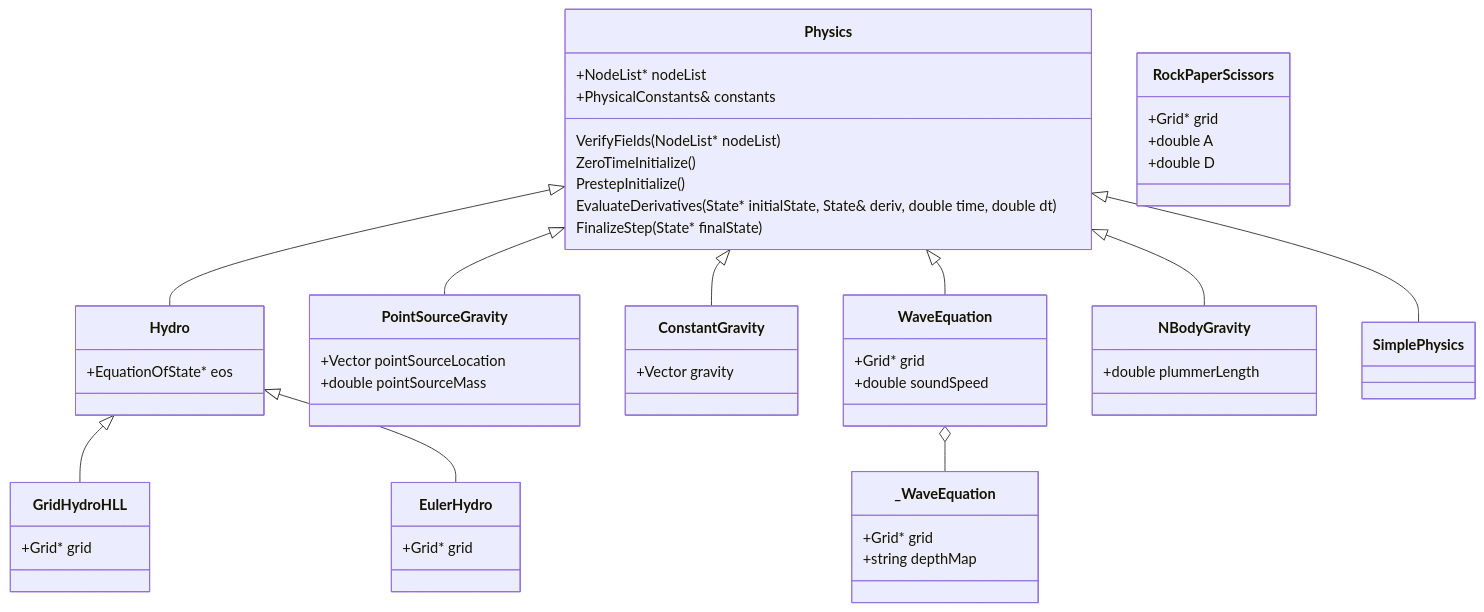
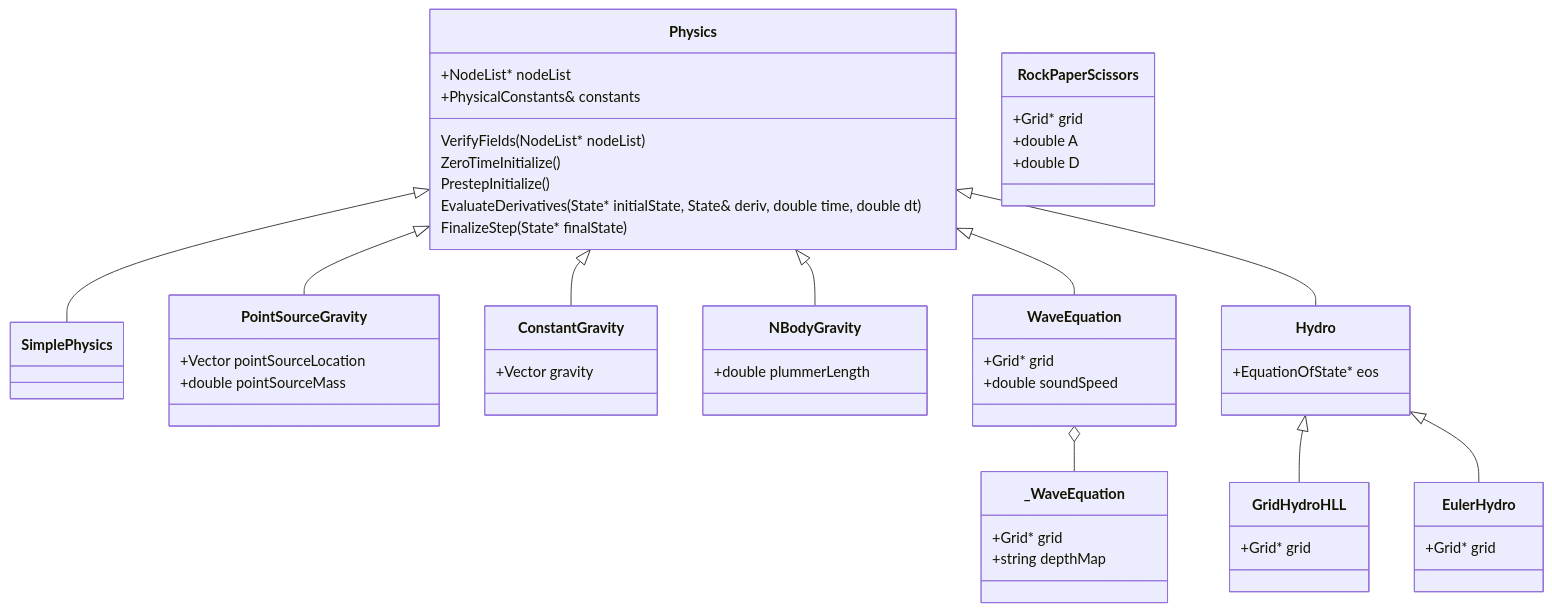
The diagram in src/Physics/Classes.md (antimatterhorn/nidhoggr), drawn with Mermaid before and after one commit. The commit also changed other lines of this file, not shown here.

Commit message:
reworked class diagram

````diff
--- a/src/Physics/Classes.md
+++ b/src/Physics/Classes.md
@@ -2,54 +2,54 @@
 ```mermaid
 classDiagram
-    Physics <|-- Hydro
+    Physics <|-- SimplePhysics
     Physics <|-- PointSourceGravity
     Physics <|-- ConstantGravity
+    Physics <|-- NBodyGravity
     Physics <|-- WaveEquation
-    Physics <|-- NBodyGravity
+    Physics <|-- Hydro
     Physics : +NodeList* nodeList
     Physics : +PhysicalConstants& constants
     Physics : VerifyFields(NodeList* nodeList)
     Physics : ZeroTimeInitialize()
     Physics : PrestepInitialize()
     Physics : EvaluateDerivatives(State* initialState, State<dim>& deriv, double time, double dt)
     Physics : FinalizeStep(State* finalState)
     class PointSourceGravity{
         +Vector pointSourceLocation
         +double pointSourceMass
     }
     class ConstantGravity{
         +Vector gravity
     }
     class NBodyGravity{
         +double plummerLength
     }
     class Hydro{
         +EquationOfState* eos
     }
-    Physics <|-- SimplePhysics
     class SimplePhysics{
         
     }
     class WaveEquation{
         +Grid* grid
         +double soundSpeed
     }
     WaveEquation o -- _WaveEquation
     class _WaveEquation{
         +Grid* grid
         +string depthMap
     }
     class RockPaperScissors{
         +Grid* grid
         +double A
         +double D
     }
     Hydro <| -- GridHydroHLL
     class GridHydroHLL{
         +Grid* grid
     }
     Hydro <| -- EulerHydro
     class EulerHydro{
         +Grid* grid
     }
 ```
````
